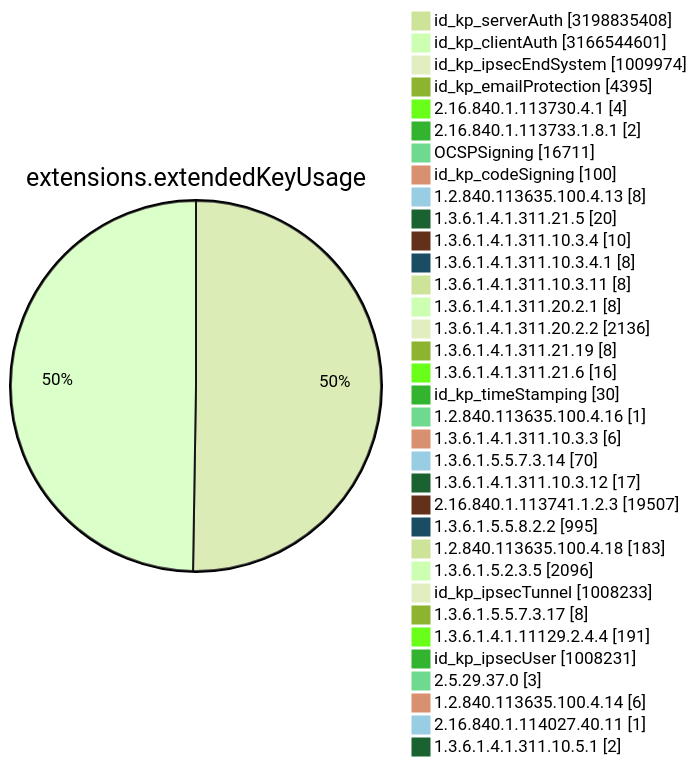
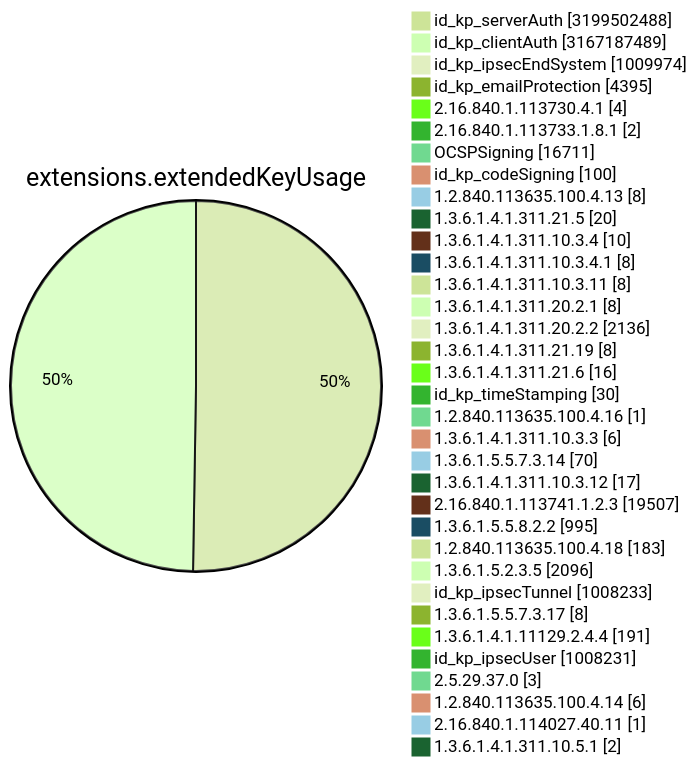
Before and after one commit to christiankrug/ctmonitor_visualization: diagram 11 of 15 in TOTAL/README.md, drawn with Mermaid (forest theme). The commit also changed other lines of this file, not shown here.

````diff
--- a/TOTAL/README.md
+++ b/TOTAL/README.md
@@ -4119,38 +4119,38 @@
 ```mermaid
 pie showData
 title extensions.extendedKeyUsage
-"id_kp_serverAuth" :3198835408
-"id_kp_clientAuth" :3166544601
+"id_kp_serverAuth" :3199502488
+"id_kp_clientAuth" :3167187489
 "id_kp_ipsecEndSystem" :1009974
 "id_kp_emailProtection" :4395
 "2.16.840.1.113730.4.1" :4
 "2.16.840.1.113733.1.8.1" :2
 "OCSPSigning" :16711
 "id_kp_codeSigning" :100
 "1.2.840.113635.100.4.13" :8
 "1.3.6.1.4.1.311.21.5" :20
 "1.3.6.1.4.1.311.10.3.4" :10
 "1.3.6.1.4.1.311.10.3.4.1" :8
 "1.3.6.1.4.1.311.10.3.11" :8
 "1.3.6.1.4.1.311.20.2.1" :8
 "1.3.6.1.4.1.311.20.2.2" :2136
 "1.3.6.1.4.1.311.21.19" :8
 "1.3.6.1.4.1.311.21.6" :16
 "id_kp_timeStamping" :30
 "1.2.840.113635.100.4.16" :1
 "1.3.6.1.4.1.311.10.3.3" :6
 "1.3.6.1.5.5.7.3.14" :70
 "1.3.6.1.4.1.311.10.3.12" :17
 "2.16.840.1.113741.1.2.3" :19507
 "1.3.6.1.5.5.8.2.2" :995
 "1.2.840.113635.100.4.18" :183
 "1.3.6.1.5.2.3.5" :2096
 "id_kp_ipsecTunnel" :1008233
 "1.3.6.1.5.5.7.3.17" :8
 "1.3.6.1.4.1.11129.2.4.4" :191
 "id_kp_ipsecUser" :1008231
 "2.5.29.37.0" :3
 "1.2.840.113635.100.4.14" :6
 "2.16.840.1.114027.40.11" :1
 "1.3.6.1.4.1.311.10.5.1" :2
 ```
````
